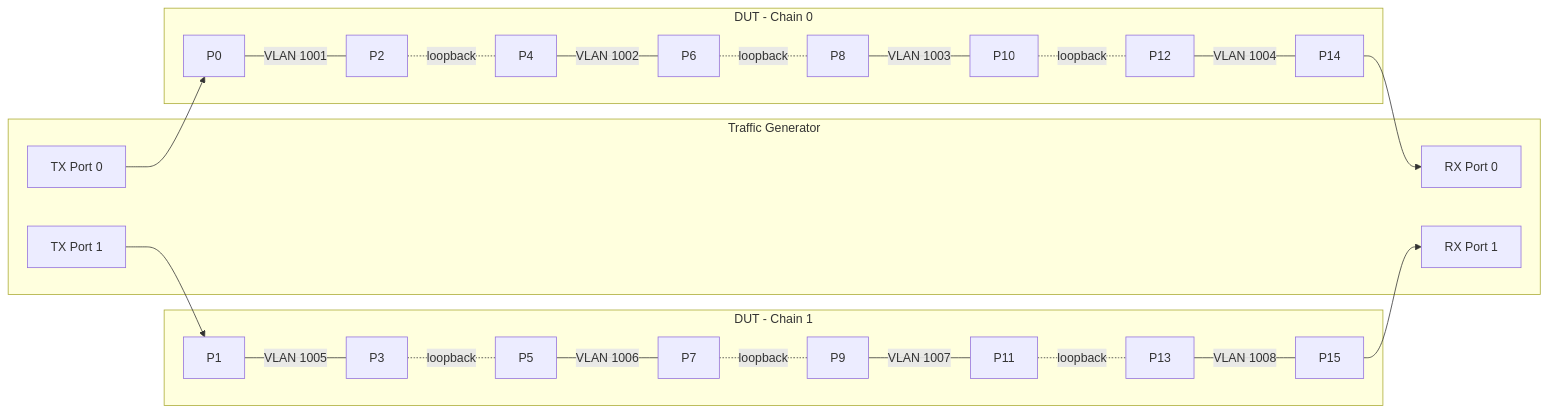
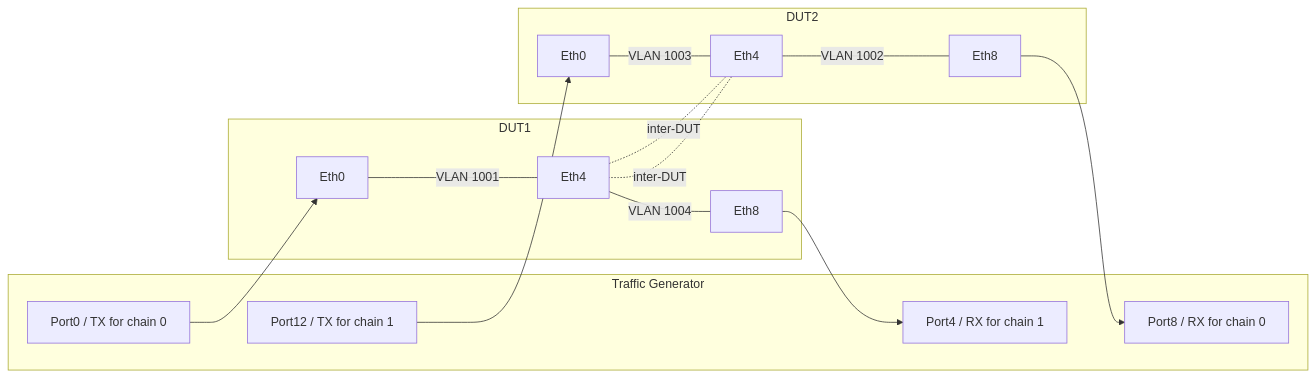
Before and after one commit to sonic-net/sonic-mgmt: the second of 2 diagrams in docs/testbed/README.testbed.NUT.L2Snake.md, drawn with Mermaid. The commit also changed other lines of this file and 4 other files, not shown here.

````diff
--- a/docs/testbed/README.testbed.NUT.L2Snake.md
+++ b/docs/testbed/README.testbed.NUT.L2Snake.md
@@ -33,35 +80,33 @@
 ```mermaid
 graph LR
-    subgraph "Traffic Generator"
-        TX0[TX Port 0]
-        TX1[TX Port 1]
-        RX0[RX Port 0]
-        RX1[RX Port 1]
+    subgraph TG[Traffic Generator]
+        T0[Port0 / TX for chain 0]
+        T1[Port4 / RX for chain 1]
+        T2[Port8 / RX for chain 0]
+        T3[Port12 / TX for chain 1]
     end
 
-    subgraph "DUT - Chain 0"
-        P0[P0] --- |VLAN 1001| P2[P2]
-        P4[P4] --- |VLAN 1002| P6[P6]
-        P8[P8] --- |VLAN 1003| P10[P10]
-        P12[P12] --- |VLAN 1004| P14[P14]
+    subgraph D1[DUT1]
+        D1E0[Eth0]
+        D1E4[Eth4]
+        D1E8[Eth8]
     end
 
-    subgraph "DUT - Chain 1"
-        P1[P1] --- |VLAN 1005| P3[P3]
-        P5[P5] --- |VLAN 1006| P7[P7]
-        P9[P9] --- |VLAN 1007| P11[P11]
-        P13[P13] --- |VLAN 1008| P15[P15]
+    subgraph D2[DUT2]
+        D2E0[Eth0]
+        D2E4[Eth4]
+        D2E8[Eth8]
     end
 
-    TX0 --> P0
-    P2 -.loopback.- P4
-    P6 -.loopback.- P8
-    P10 -.loopback.- P12
-    P14 --> RX0
+    T0 --> D1E0
+    D1E0 ---|VLAN 1001| D1E4
+    D1E4 -. inter-DUT .- D2E4
+    D2E4 ---|VLAN 1002| D2E8
+    D2E8 --> T2
 
-    TX1 --> P1
-    P3 -.loopback.- P5
-    P7 -.loopback.- P9
-    P11 -.loopback.- P13
-    P15 --> RX1
+    T3 --> D2E0
+    D2E0 ---|VLAN 1003| D2E4
+    D2E4 -. inter-DUT .- D1E4
+    D1E4 ---|VLAN 1004| D1E8
+    D1E8 --> T1
 ```
````
